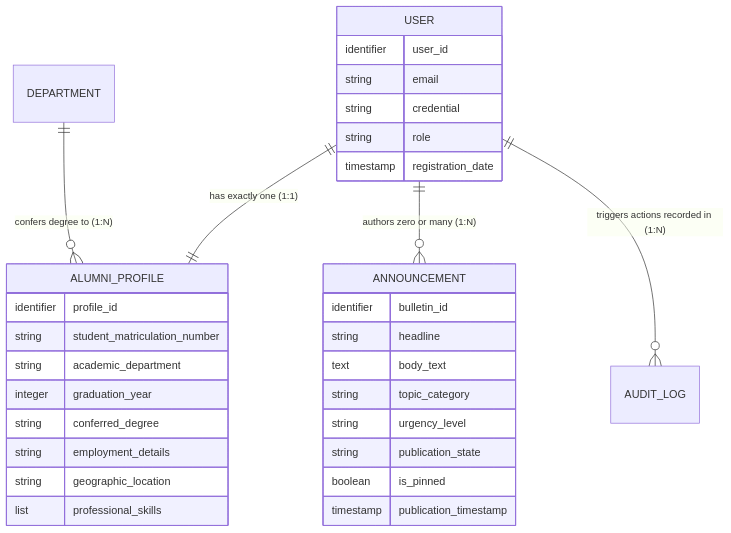
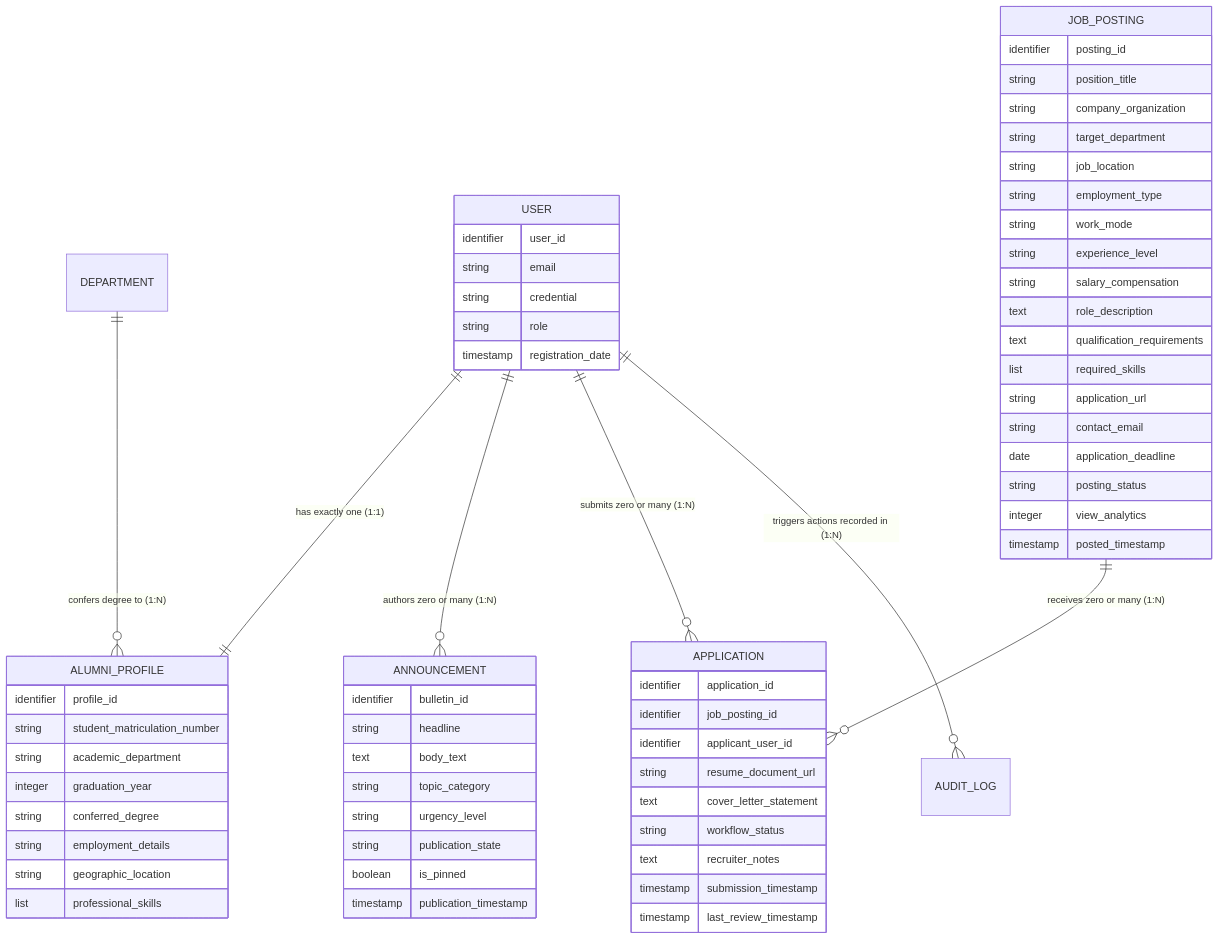
Before and after one commit to mehmetrasid0/Alumni: the second of 8 diagrams in DDD.md, drawn with Mermaid. The commit also changed other lines of this file and 2 other files, not shown here.

Commit message:
docs(ddd): synchronize CDM, LDM, DDL and README milestones reflecting pure M:N career architecture

````diff
--- a/DDD.md
+++ b/DDD.md
@@ -95,37 +99,72 @@
 ```mermaid
 erDiagram
     USER ||--|| ALUMNI_PROFILE : "has exactly one (1:1)"
     USER ||--o{ ANNOUNCEMENT : "authors zero or many (1:N)"
+    USER ||--o{ APPLICATION : "submits zero or many (1:N)"
+    JOB_POSTING ||--o{ APPLICATION : "receives zero or many (1:N)"
     USER ||--o{ AUDIT_LOG : "triggers actions recorded in (1:N)"
     DEPARTMENT ||--o{ ALUMNI_PROFILE : "confers degree to (1:N)"
 
     USER {
         identifier user_id
         string email
         string credential
         string role
         timestamp registration_date
     }
 
     ALUMNI_PROFILE {
         identifier profile_id
         string student_matriculation_number
         string academic_department
         integer graduation_year
         string conferred_degree
         string employment_details
         string geographic_location
         list professional_skills
     }
 
     ANNOUNCEMENT {
         identifier bulletin_id
         string headline
         text body_text
         string topic_category
         string urgency_level
         string publication_state
         boolean is_pinned
         timestamp publication_timestamp
     }
+
+    JOB_POSTING {
+        identifier posting_id
+        string position_title
+        string company_organization
+        string target_department
+        string job_location
+        string employment_type
+        string work_mode
+        string experience_level
+        string salary_compensation
+        text role_description
+        text qualification_requirements
+        list required_skills
+        string application_url
+        string contact_email
+        date application_deadline
+        string posting_status
+        integer view_analytics
+        timestamp posted_timestamp
+    }
+
+    APPLICATION {
+        identifier application_id
+        identifier job_posting_id
+        identifier applicant_user_id
+        string resume_document_url
+        text cover_letter_statement
+        string workflow_status
+        text recruiter_notes
+        timestamp submission_timestamp
+        timestamp last_review_timestamp
+    }
 ```
````
